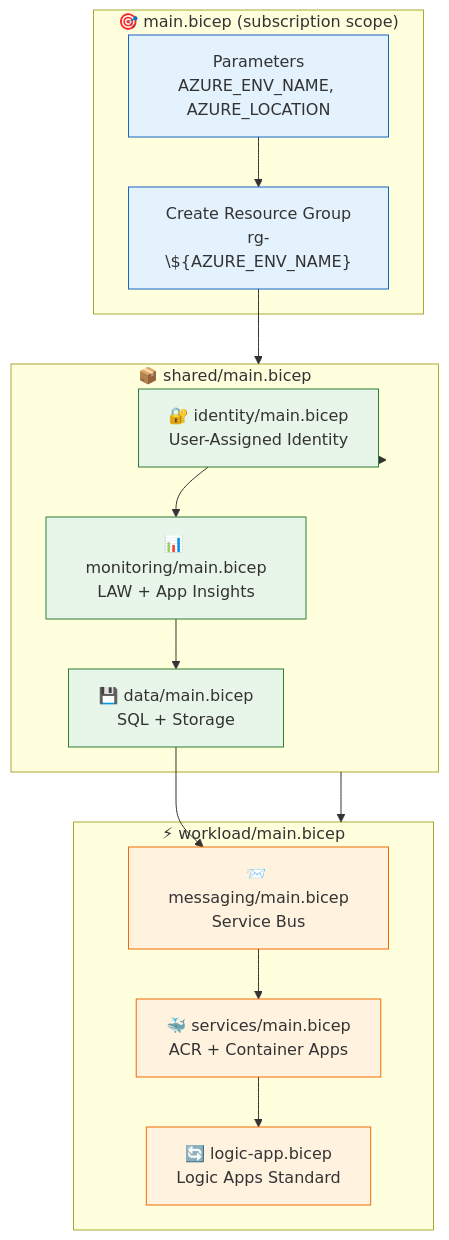
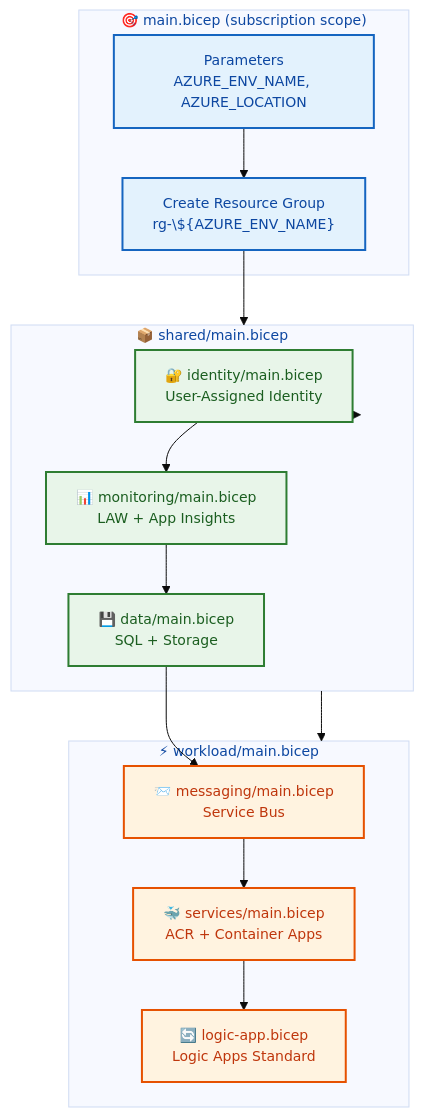
One commit to Evilazaro/Azure-LogicApps-Monitoring changed the second of 4 diagrams in docs/architecture/04-technology-architecture.md. Above: the diagram before and after it, drawn with Mermaid. The commit also changed other lines of this file, not shown here.

Commit message:
Enhance technology architecture documentation with improved Mermaid diagram styles and accessibility features

````diff
--- a/docs/architecture/04-technology-architecture.md
+++ b/docs/architecture/04-technology-architecture.md
@@ -159,38 +160,40 @@
 ```mermaid
+%%{init: {'theme': 'base', 'themeVariables': { 'fontSize': '14px'}}}%%
 flowchart TB
     subgraph Root["🎯 main.bicep (subscription scope)"]
         Params["Parameters<br/>AZURE_ENV_NAME, AZURE_LOCATION"]
         RG["Create Resource Group<br/>rg-\${AZURE_ENV_NAME}"]
     end
 
     subgraph Shared["📦 shared/main.bicep"]
         Identity["🔐 identity/main.bicep<br/>User-Assigned Identity"]
         Monitoring["📊 monitoring/main.bicep<br/>LAW + App Insights"]
         Data["💾 data/main.bicep<br/>SQL + Storage"]
     end
 
     subgraph Workload["⚡ workload/main.bicep"]
         Messaging["📨 messaging/main.bicep<br/>Service Bus"]
         Services["🐳 services/main.bicep<br/>ACR + Container Apps"]
         LogicApp["🔄 logic-app.bicep<br/>Logic Apps Standard"]
     end
 
     Params --> RG
     RG --> Shared
     Shared --> Identity
     Identity --> Monitoring
     Monitoring --> Data
     
     Shared --> Workload
     Data --> Messaging
     Messaging --> Services
     Services --> LogicApp
 
-    classDef root fill:#e3f2fd,stroke:#1565c0
-    classDef shared fill:#e8f5e9,stroke:#2e7d32
-    classDef workload fill:#fff3e0,stroke:#ef6c00
+    %% Accessible color palette with clear deployment phases
+    classDef root fill:#e3f2fd,stroke:#1565c0,stroke-width:2px,color:#0d47a1
+    classDef shared fill:#e8f5e9,stroke:#2e7d32,stroke-width:2px,color:#1b5e20
+    classDef workload fill:#fff3e0,stroke:#e65100,stroke-width:2px,color:#bf360c
 
     class Params,RG root
     class Identity,Monitoring,Data shared
     class Messaging,Services,LogicApp workload
 ```
````
